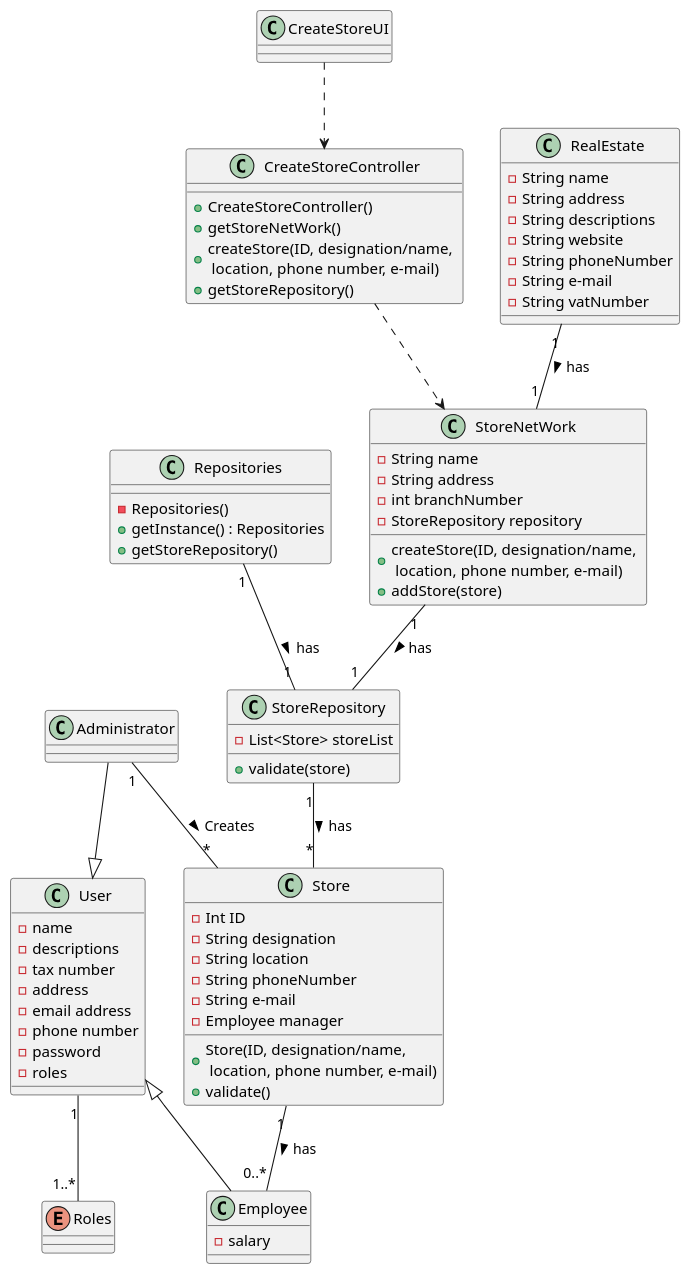
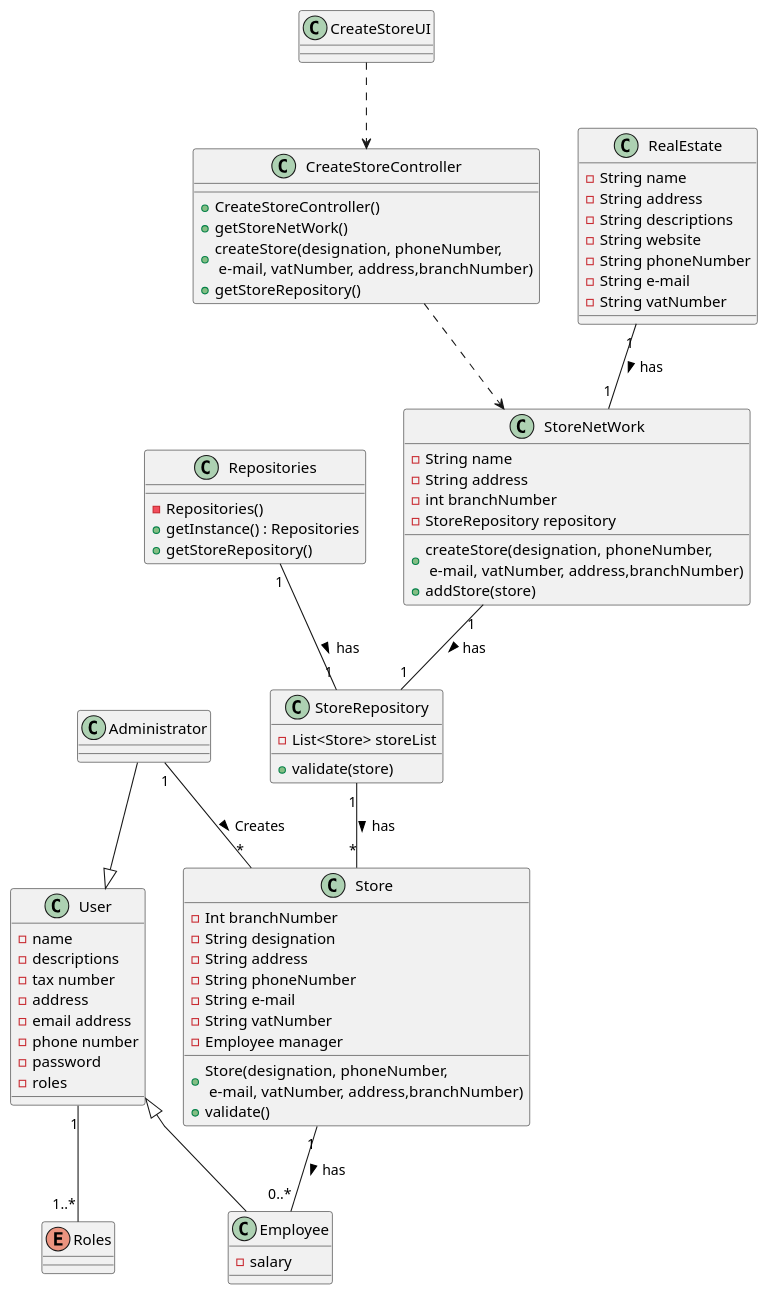
The diagram in lei-22-s2-1do-g68/docs/SprintB/us005/03.design/puml/us005-ClassDiagram.puml (hugosilva2901/lei-22-s2-1DO-g68), drawn with PlantUML before and after one commit. The commit also changed 14 other files, not shown here.

Commit message:
US005 - small fixes on Sequence Diagram

```diff
--- a/lei-22-s2-1do-g68/docs/SprintB/us005/03.design/puml/us005-ClassDiagram.puml
+++ b/lei-22-s2-1do-g68/docs/SprintB/us005/03.design/puml/us005-ClassDiagram.puml
@@ -1,92 +1,95 @@
 @startuml
 'skinparam monochrome true
 skinparam packageStyle rectangle
 skinparam shadowing false
 skinparam linetype polyline
 'skinparam linetype orto
 
 class Employee extends User{
     -salary
 }
 enum Roles{
 
 }
 class User{
     - name
     - descriptions
     - tax number
     - address
     - email address
     - phone number
     - password
     - roles
 
 }
 
 class Repositories {
     - Repositories()
     + getInstance() : Repositories
     + getStoreRepository()
 }
 
 class CreateStoreUI{
 }
 class CreateStoreController{
     + CreateStoreController()
     + getStoreNetWork()
-    + createStore(ID, designation/name, \n location, phone number, e-mail)
+    + createStore(designation, phoneNumber, \n e-mail, vatNumber, address,branchNumber)
     + getStoreRepository()
 }
 'left to right direction
 
 class RealEstate{
     - String name
     - String address
     - String descriptions
     - String website
     - String phoneNumber
     - String e-mail
     - String vatNumber
 }
 class StoreNetWork{
-    + createStore(ID, designation/name, \n location, phone number, e-mail)
+    + createStore(designation, phoneNumber, \n e-mail, vatNumber, address,branchNumber)
     + addStore(store)
     - String name
     - String address
     - int branchNumber
     - StoreRepository repository
 }
 class Administrator{
 }
+
+
 class Store{
-    + Store(ID, designation/name, \n location, phone number, e-mail)
+    + Store(designation, phoneNumber, \n e-mail, vatNumber, address,branchNumber)
     + validate()
-    - Int ID
+    - Int branchNumber
     - String designation
-    - String location
+    - String address
     - String phoneNumber
     - String e-mail
+    - String vatNumber
     - Employee manager
 
 }
 
 class StoreRepository{
     - List<Store> storeList
     + validate(store)
 
 }
 
 RealEstate "1" --"1" StoreNetWork : > has
 CreateStoreUI ..> CreateStoreController
 CreateStoreController ..> StoreNetWork
 Repositories "1"--"1" StoreRepository : > has
 StoreRepository "1"--"*" Store : > has
 
 
 Administrator --|> User
 User "1"--"1..*" Roles
 Administrator "1"--"*" Store : > Creates
 StoreNetWork "1"--"1" StoreRepository : > has
 Store "1"--"0..*" Employee : > has
 
 @enduml
```
